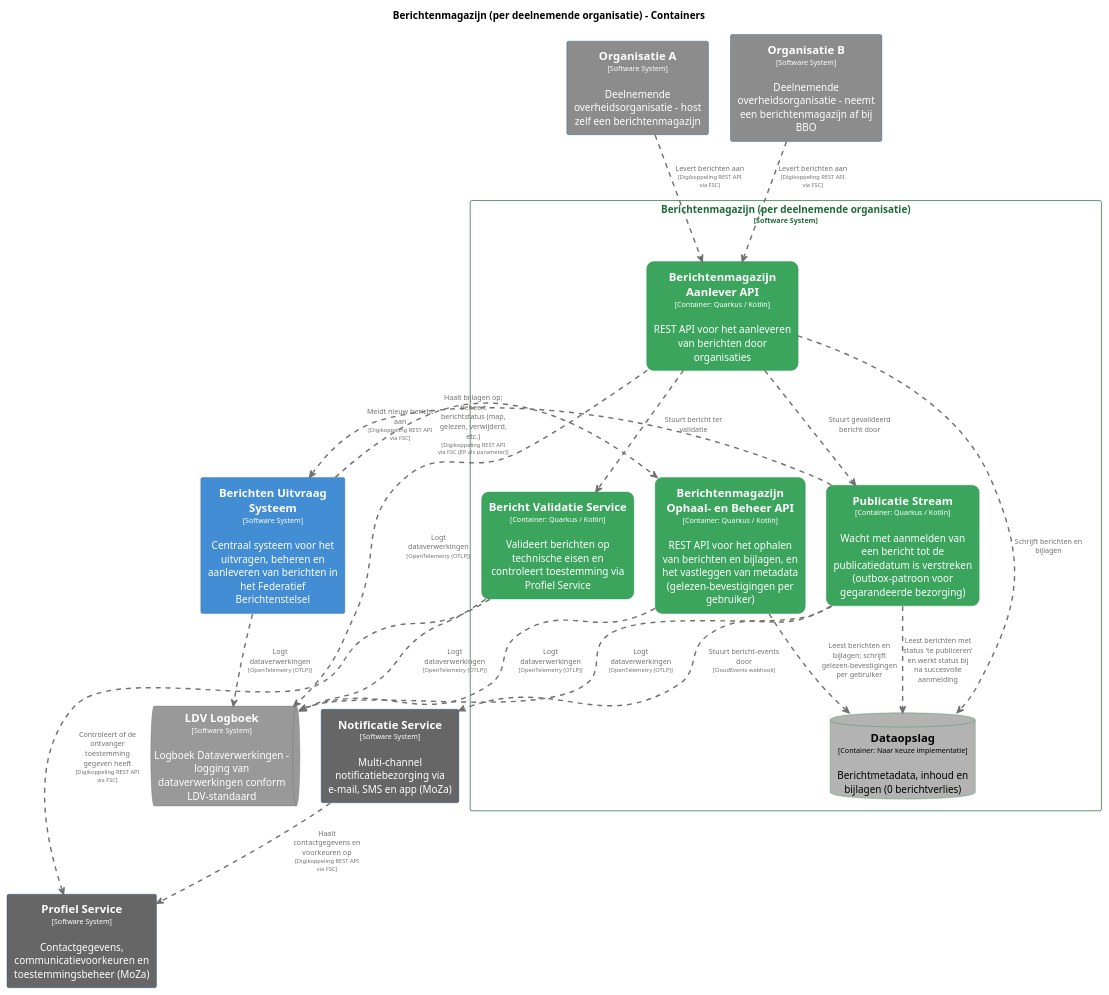
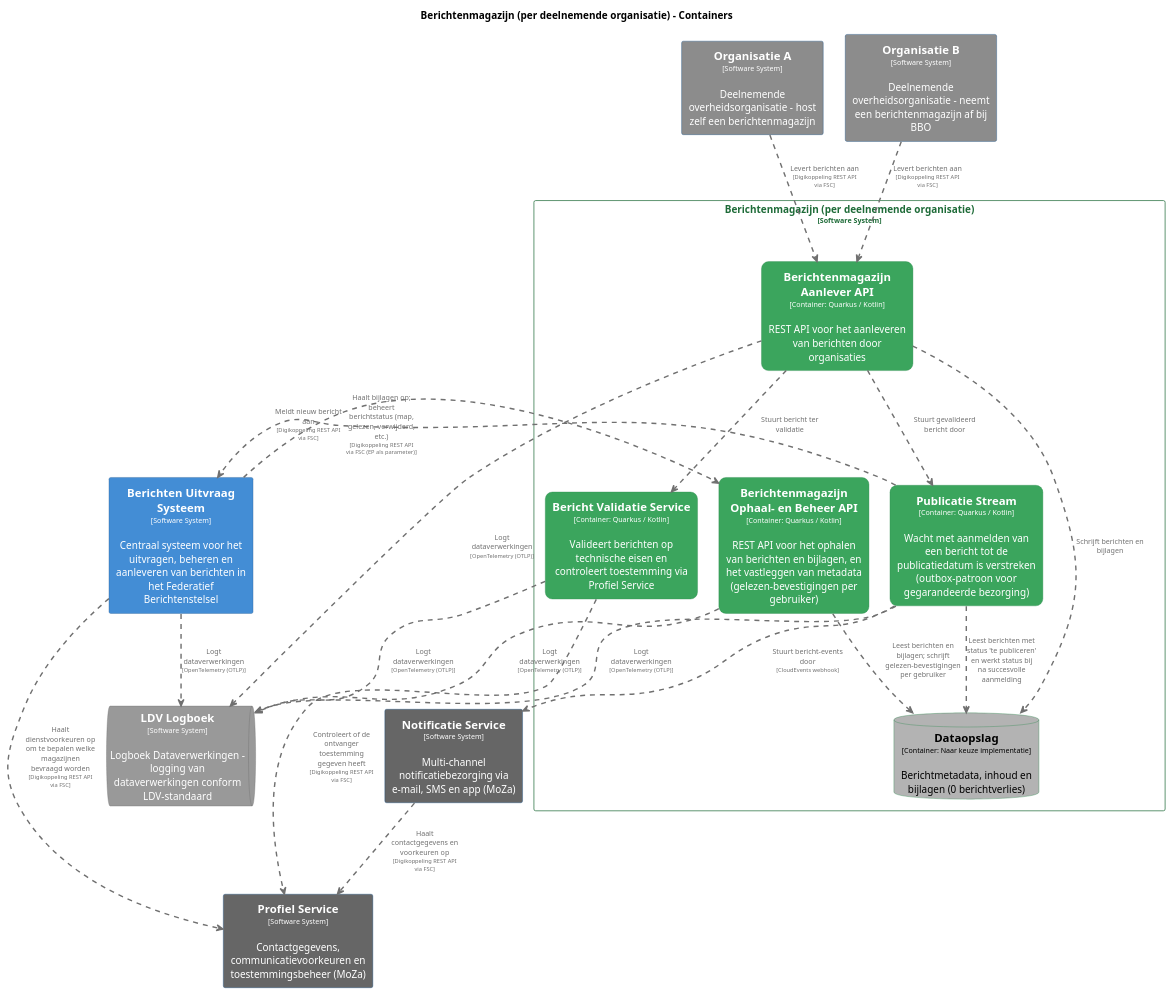
One commit to MinBZK/moza-poc-fbs-berichtenbox changed the diagram in pr-preview/pr-22/master/puml/BerichtenmagazijnContainers.puml. Above: the diagram before and after it, drawn with PlantUML. The commit also changed 39 other files, not shown here.

```diff
--- a/pr-preview/pr-22/master/puml/BerichtenmagazijnContainers.puml
+++ b/pr-preview/pr-22/master/puml/BerichtenmagazijnContainers.puml
@@ -1,126 +1,127 @@
 @startuml
 set separator none
 title Berichtenmagazijn (per deelnemende organisatie) - Containers
 
 top to bottom direction
 skinparam ranksep 60
 skinparam nodesep 30
 
 skinparam {
   arrowFontSize 10
   defaultTextAlignment center
   wrapWidth 200
   maxMessageSize 100
 }
 
 hide stereotype
 
 skinparam rectangle<<Berichtenmagazijnperdeelnemendeorganisatie.BerichtValidatieService>> {
   BackgroundColor #3ba55d
   FontColor #ffffff
   BorderColor #2d8a4e
   roundCorner 20
   shadowing false
 }
 skinparam rectangle<<BerichtenUitvraagSysteem>> {
   BackgroundColor #438dd5
   FontColor #ffffff
   BorderColor #2e6295
   shadowing false
 }
 skinparam rectangle<<Berichtenmagazijnperdeelnemendeorganisatie.BerichtenmagazijnAanleverAPI>> {
   BackgroundColor #3ba55d
   FontColor #ffffff
   BorderColor #2d8a4e
   roundCorner 20
   shadowing false
 }
 skinparam rectangle<<Berichtenmagazijnperdeelnemendeorganisatie.BerichtenmagazijnOphaalenBeheerAPI>> {
   BackgroundColor #3ba55d
   FontColor #ffffff
   BorderColor #2d8a4e
   roundCorner 20
   shadowing false
 }
 skinparam database<<Berichtenmagazijnperdeelnemendeorganisatie.Dataopslag>> {
   BackgroundColor #b3b3b3
   FontColor #000000
   BorderColor #2d8a4e
   shadowing false
 }
 skinparam queue<<LDVLogboek>> {
   BackgroundColor #999999
   FontColor #ffffff
   BorderColor #6b6b6b
   shadowing false
 }
 skinparam rectangle<<NotificatieService>> {
   BackgroundColor #666666
   FontColor #ffffff
   BorderColor #0b4884
   shadowing false
 }
 skinparam rectangle<<OrganisatieA>> {
   BackgroundColor #8c8c8c
   FontColor #ffffff
   BorderColor #0b4884
   shadowing false
 }
 skinparam rectangle<<OrganisatieB>> {
   BackgroundColor #8c8c8c
   FontColor #ffffff
   BorderColor #0b4884
   shadowing false
 }
 skinparam rectangle<<ProfielService>> {
   BackgroundColor #666666
   FontColor #ffffff
   BorderColor #0b4884
   shadowing false
 }
 skinparam rectangle<<Berichtenmagazijnperdeelnemendeorganisatie.PublicatieStream>> {
   BackgroundColor #3ba55d
   FontColor #ffffff
   BorderColor #2d8a4e
   roundCorner 20
   shadowing false
 }
 skinparam rectangle<<Berichtenmagazijnperdeelnemendeorganisatie>> {
   BorderColor #1e6b38
   FontColor #1e6b38
   shadowing false
 }
 
 rectangle "==Profiel Service\n<size:10>[Software System]</size>\n\nContactgegevens, communicatievoorkeuren en toestemmingsbeheer (MoZa)" <<ProfielService>> as ProfielService
 rectangle "==Notificatie Service\n<size:10>[Software System]</size>\n\nMulti-channel notificatiebezorging via e-mail, SMS en app (MoZa)" <<NotificatieService>> as NotificatieService
 rectangle "==Organisatie A\n<size:10>[Software System]</size>\n\nDeelnemende overheidsorganisatie - host zelf een berichtenmagazijn" <<OrganisatieA>> as OrganisatieA
 rectangle "==Organisatie B\n<size:10>[Software System]</size>\n\nDeelnemende overheidsorganisatie - neemt een berichtenmagazijn af bij BBO" <<OrganisatieB>> as OrganisatieB
 rectangle "==Berichten Uitvraag Systeem\n<size:10>[Software System]</size>\n\nCentraal systeem voor het uitvragen, beheren en aanleveren van berichten in het Federatief Berichtenstelsel" <<BerichtenUitvraagSysteem>> as BerichtenUitvraagSysteem
 queue "==LDV Logboek\n<size:10>[Software System]</size>\n\nLogboek Dataverwerkingen - logging van dataverwerkingen conform LDV-standaard" <<LDVLogboek>> as LDVLogboek
 
 rectangle "Berichtenmagazijn (per deelnemende organisatie)\n<size:10>[Software System]</size>" <<Berichtenmagazijnperdeelnemendeorganisatie>> {
   rectangle "==Berichtenmagazijn Ophaal- en Beheer API\n<size:10>[Container: Quarkus / Kotlin]</size>\n\nREST API voor het ophalen van berichten en bijlagen, en het vastleggen van metadata (gelezen-bevestigingen per gebruiker)" <<Berichtenmagazijnperdeelnemendeorganisatie.BerichtenmagazijnOphaalenBeheerAPI>> as Berichtenmagazijnperdeelnemendeorganisatie.BerichtenmagazijnOphaalenBeheerAPI
   rectangle "==Berichtenmagazijn Aanlever API\n<size:10>[Container: Quarkus / Kotlin]</size>\n\nREST API voor het aanleveren van berichten door organisaties" <<Berichtenmagazijnperdeelnemendeorganisatie.BerichtenmagazijnAanleverAPI>> as Berichtenmagazijnperdeelnemendeorganisatie.BerichtenmagazijnAanleverAPI
   database "==Dataopslag\n<size:10>[Container: Naar keuze implementatie]</size>\n\nBerichtmetadata, inhoud en bijlagen (0 berichtverlies)" <<Berichtenmagazijnperdeelnemendeorganisatie.Dataopslag>> as Berichtenmagazijnperdeelnemendeorganisatie.Dataopslag
   rectangle "==Bericht Validatie Service\n<size:10>[Container: Quarkus / Kotlin]</size>\n\nValideert berichten op technische eisen en controleert toestemming via Profiel Service" <<Berichtenmagazijnperdeelnemendeorganisatie.BerichtValidatieService>> as Berichtenmagazijnperdeelnemendeorganisatie.BerichtValidatieService
   rectangle "==Publicatie Stream\n<size:10>[Container: Quarkus / Kotlin]</size>\n\nWacht met aanmelden van een bericht tot de publicatiedatum is verstreken (outbox-patroon voor gegarandeerde bezorging)" <<Berichtenmagazijnperdeelnemendeorganisatie.PublicatieStream>> as Berichtenmagazijnperdeelnemendeorganisatie.PublicatieStream
 }
 
+BerichtenUitvraagSysteem .[#707070,thickness=2].> ProfielService : "<color:#707070>Haalt dienstvoorkeuren op om te bepalen welke magazijnen bevraagd worden\n<color:#707070><size:8>[Digikoppeling REST API via FSC]</size>"
 Berichtenmagazijnperdeelnemendeorganisatie.BerichtenmagazijnOphaalenBeheerAPI .[#707070,thickness=2].> LDVLogboek : "<color:#707070>Logt dataverwerkingen\n<color:#707070><size:8>[OpenTelemetry (OTLP)]</size>"
 Berichtenmagazijnperdeelnemendeorganisatie.BerichtenmagazijnAanleverAPI .[#707070,thickness=2].> LDVLogboek : "<color:#707070>Logt dataverwerkingen\n<color:#707070><size:8>[OpenTelemetry (OTLP)]</size>"
 Berichtenmagazijnperdeelnemendeorganisatie.BerichtValidatieService .[#707070,thickness=2].> LDVLogboek : "<color:#707070>Logt dataverwerkingen\n<color:#707070><size:8>[OpenTelemetry (OTLP)]</size>"
 BerichtenUitvraagSysteem .[#707070,thickness=2].> LDVLogboek : "<color:#707070>Logt dataverwerkingen\n<color:#707070><size:8>[OpenTelemetry (OTLP)]</size>"
 Berichtenmagazijnperdeelnemendeorganisatie.PublicatieStream .[#707070,thickness=2].> LDVLogboek : "<color:#707070>Logt dataverwerkingen\n<color:#707070><size:8>[OpenTelemetry (OTLP)]</size>"
 Berichtenmagazijnperdeelnemendeorganisatie.BerichtenmagazijnOphaalenBeheerAPI .[#707070,thickness=2].> Berichtenmagazijnperdeelnemendeorganisatie.Dataopslag : "<color:#707070>Leest berichten en bijlagen; schrijft gelezen-bevestigingen per gebruiker"
 Berichtenmagazijnperdeelnemendeorganisatie.BerichtenmagazijnAanleverAPI .[#707070,thickness=2].> Berichtenmagazijnperdeelnemendeorganisatie.Dataopslag : "<color:#707070>Schrijft berichten en bijlagen"
 Berichtenmagazijnperdeelnemendeorganisatie.BerichtenmagazijnAanleverAPI .[#707070,thickness=2].> Berichtenmagazijnperdeelnemendeorganisatie.BerichtValidatieService : "<color:#707070>Stuurt bericht ter validatie"
 Berichtenmagazijnperdeelnemendeorganisatie.BerichtenmagazijnAanleverAPI .[#707070,thickness=2].> Berichtenmagazijnperdeelnemendeorganisatie.PublicatieStream : "<color:#707070>Stuurt gevalideerd bericht door"
 Berichtenmagazijnperdeelnemendeorganisatie.PublicatieStream .[#707070,thickness=2].> Berichtenmagazijnperdeelnemendeorganisatie.Dataopslag : "<color:#707070>Leest berichten met status 'te publiceren' en werkt status bij na succesvolle aanmelding"
 BerichtenUitvraagSysteem .[#707070,thickness=2].> Berichtenmagazijnperdeelnemendeorganisatie.BerichtenmagazijnOphaalenBeheerAPI : "<color:#707070>Haalt bijlagen op; beheert berichtstatus (map, gelezen, verwijderd, etc.)\n<color:#707070><size:8>[Digikoppeling REST API via FSC (EP als parameter)]</size>"
 Berichtenmagazijnperdeelnemendeorganisatie.PublicatieStream .[#707070,thickness=2].> BerichtenUitvraagSysteem : "<color:#707070>Meldt nieuw bericht aan\n<color:#707070><size:8>[Digikoppeling REST API via FSC]</size>"
 Berichtenmagazijnperdeelnemendeorganisatie.PublicatieStream .[#707070,thickness=2].> NotificatieService : "<color:#707070>Stuurt bericht-events door\n<color:#707070><size:8>[CloudEvents webhook]</size>"
 NotificatieService .[#707070,thickness=2].> ProfielService : "<color:#707070>Haalt contactgegevens en voorkeuren op\n<color:#707070><size:8>[Digikoppeling REST API via FSC]</size>"
 OrganisatieA .[#707070,thickness=2].> Berichtenmagazijnperdeelnemendeorganisatie.BerichtenmagazijnAanleverAPI : "<color:#707070>Levert berichten aan\n<color:#707070><size:8>[Digikoppeling REST API via FSC]</size>"
 OrganisatieB .[#707070,thickness=2].> Berichtenmagazijnperdeelnemendeorganisatie.BerichtenmagazijnAanleverAPI : "<color:#707070>Levert berichten aan\n<color:#707070><size:8>[Digikoppeling REST API via FSC]</size>"
 Berichtenmagazijnperdeelnemendeorganisatie.BerichtValidatieService .[#707070,thickness=2].> ProfielService : "<color:#707070>Controleert of de ontvanger toestemming gegeven heeft\n<color:#707070><size:8>[Digikoppeling REST API via FSC]</size>"
 @enduml
```
